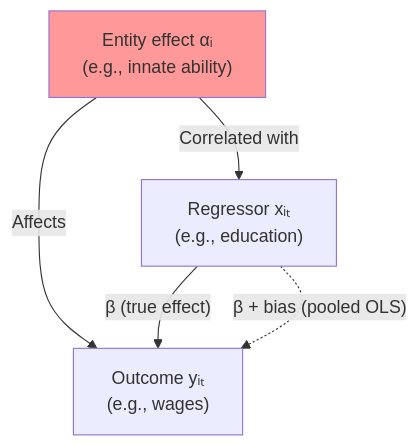
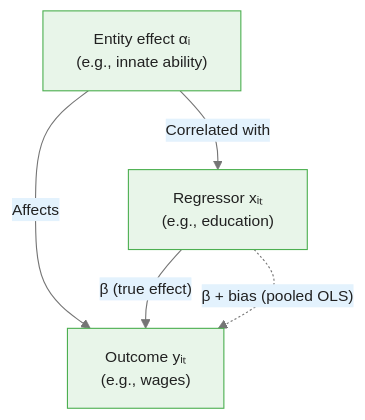
Before and after one commit to m-deane/course-creator: the first of 3 diagrams in courses/panel-regression/modules/module_01_panel_structure/guides/01_pooled_ols_slides.md, drawn with Mermaid. The commit also changed other lines of this file and 79 other files, not shown here.

````diff
--- a/courses/panel-regression/modules/module_01_panel_structure/guides/01_pooled_ols_slides.md
+++ b/courses/panel-regression/modules/module_01_panel_structure/guides/01_pooled_ols_slides.md
@@ -93,8 +129,8 @@
 ```mermaid
+%%{init: {"theme": "base", "themeVariables": {"primaryColor": "#e8f5e9", "primaryBorderColor": "#4caf50", "primaryTextColor": "#212121", "secondaryColor": "#e3f2fd", "tertiaryColor": "#fff8e1", "lineColor": "#757575", "fontFamily": "Inter, sans-serif", "fontSize": "14px"}}}%%
 flowchart TD
     A["Entity effect αᵢ<br/>(e.g., innate ability)"] -->|"Affects"| Y["Outcome yᵢₜ<br/>(e.g., wages)"]
     A -->|"Correlated with"| X["Regressor xᵢₜ<br/>(e.g., education)"]
     X -->|"β (true effect)"| Y
     X -.->|"β + bias (pooled OLS)"| Y
-    style A fill:#f99
 ```
````
